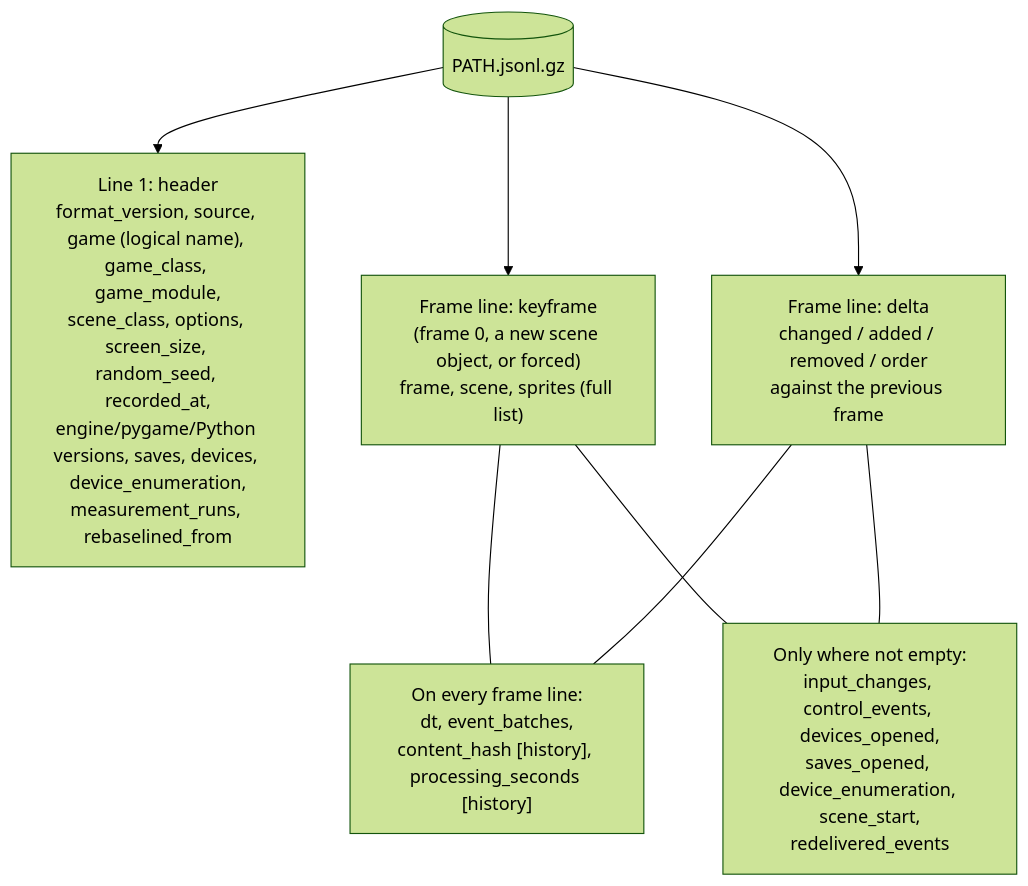
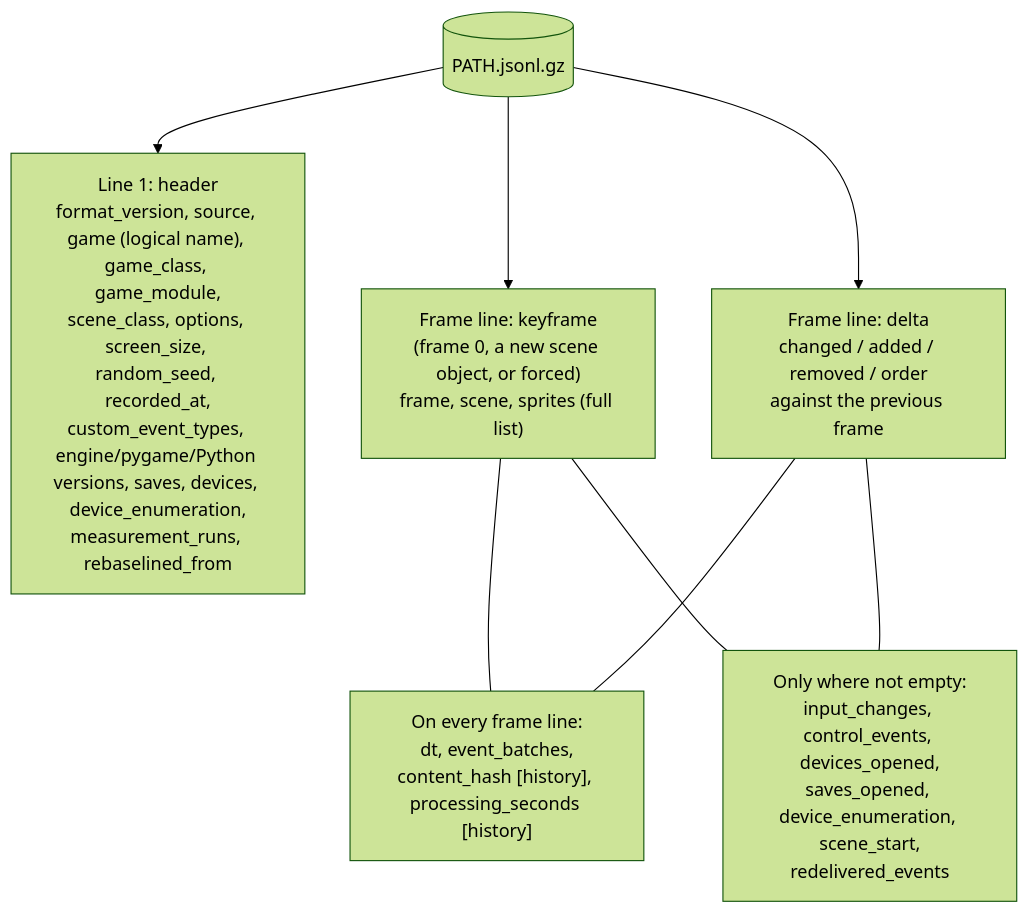
The first of 2 diagrams in docs/architecture/playback/recording-file.md (terrysimons/glitchygames), drawn with Mermaid (forest theme) before and after one commit. The commit also changed other lines of this file and 21 other files, not shown here.

First line of the commit message:
Bug sweep: recordings name their custom event types (#211.1)

````diff
--- a/docs/architecture/playback/recording-file.md
+++ b/docs/architecture/playback/recording-file.md
@@ -17,17 +17,17 @@
 ```mermaid
 flowchart TD
     file[("PATH.jsonl.gz")]
-    header["Line 1: header<br/>format_version, source, game (logical name), game_class, game_module,<br/>scene_class, options, screen_size, random_seed, recorded_at,<br/>engine/pygame/Python versions, saves, devices, device_enumeration,<br/>measurement_runs, rebaselined_from"]
+    header["Line 1: header<br/>format_version, source, game (logical name), game_class, game_module,<br/>scene_class, options, screen_size, random_seed, recorded_at,<br/>custom_event_types, engine/pygame/Python versions, saves, devices, device_enumeration,<br/>measurement_runs, rebaselined_from"]
     key["Frame line: keyframe<br/>(frame 0, a new scene object, or forced)<br/>frame, scene, sprites (full list)"]
     delta["Frame line: delta<br/>changed / added / removed / order<br/>against the previous frame"]
     always["On every frame line:<br/>dt, event_batches,<br/>content_hash [history], processing_seconds [history]"]
     sometimes["Only where not empty:<br/>input_changes, control_events, devices_opened,<br/>saves_opened, device_enumeration, scene_start,<br/>redelivered_events"]
 
     file --> header
     file --> key
     file --> delta
     key --- always
     delta --- always
     key --- sometimes
     delta --- sometimes
 ```
````
